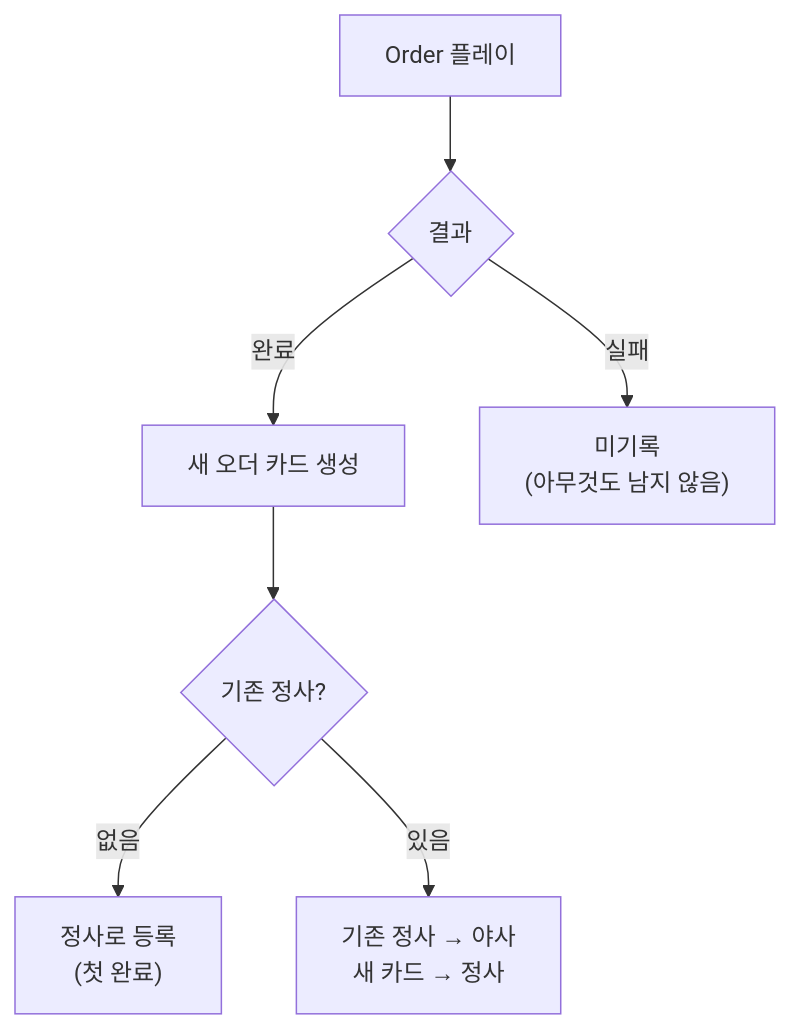
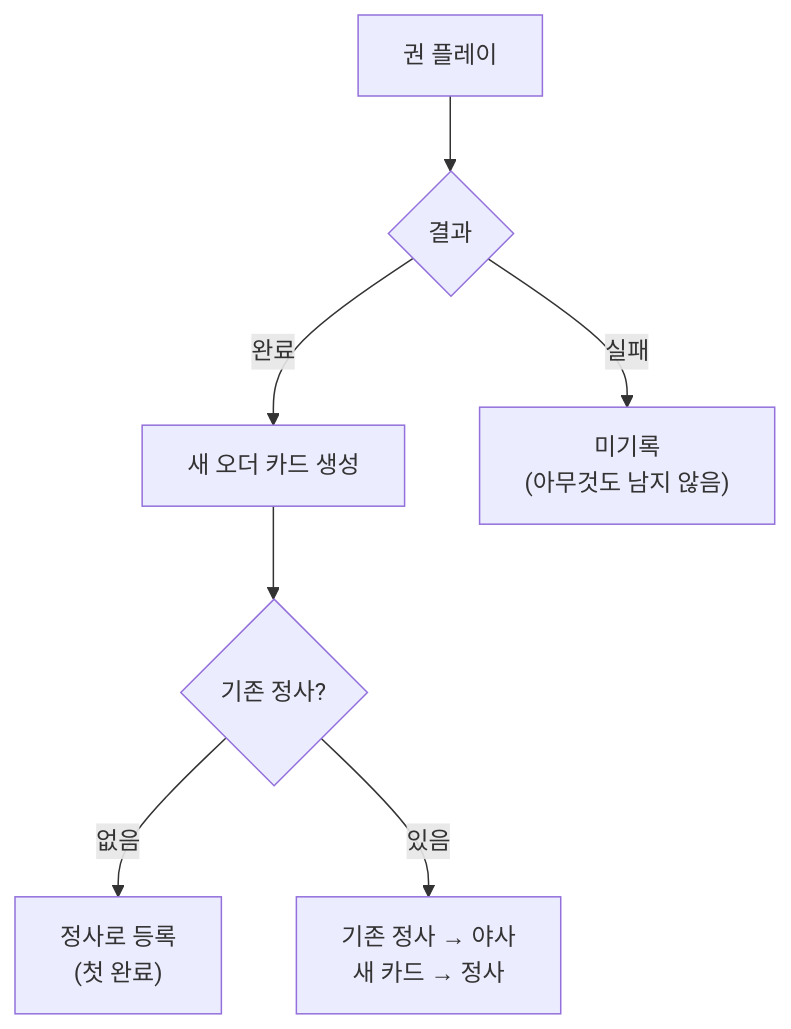
The diagram in 04_메타/정사야사.md (roam1215-beep/Chronicle-wiki), drawn with Mermaid before and after one commit. The commit also changed other lines of this file and 11 other files, not shown here.

````diff
--- a/04_메타/정사야사.md
+++ b/04_메타/정사야사.md
@@ -97,10 +98,10 @@
 ```mermaid
 flowchart TD
-    PLAY["Order 플레이"] --> RESULT{결과}
+    PLAY["권 플레이"] --> RESULT{결과}
     RESULT -->|완료| NEW["새 오더 카드 생성"]
     RESULT -->|실패| NOTHING["미기록\n(아무것도 남지 않음)"]
     
     NEW --> CHECK{기존 정사?}
     CHECK -->|없음| FIRST["정사로 등록\n(첫 완료)"]
     CHECK -->|있음| SWAP["기존 정사 → 야사\n새 카드 → 정사"]
 ```
````
